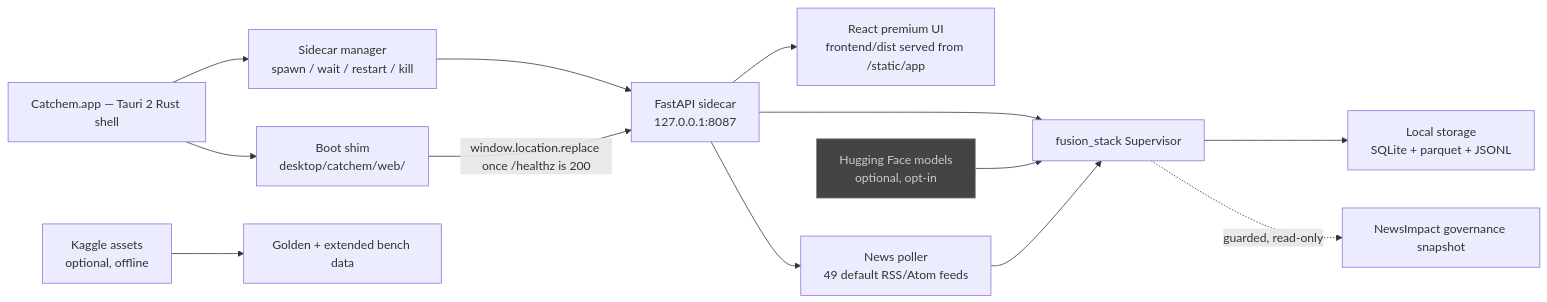
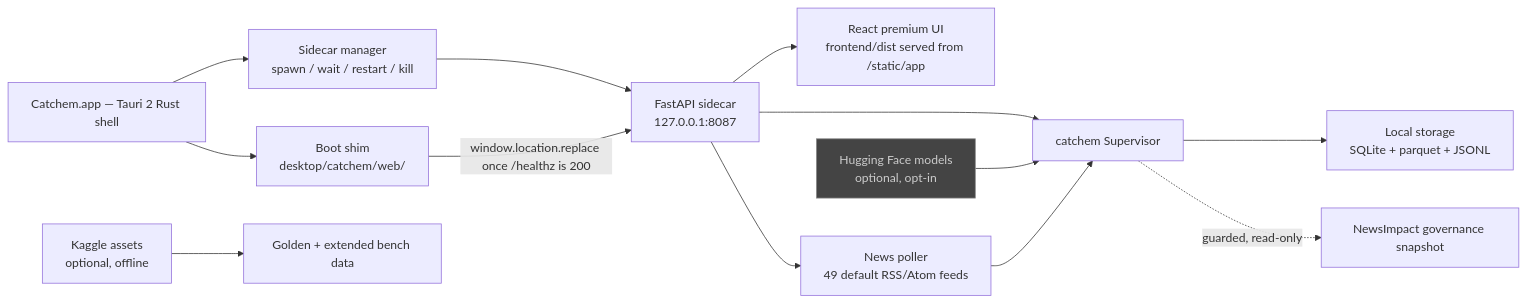
Before and after one commit to nazmiefearmutcu/catchem: the first of 4 diagrams in docs/CATCHEM_ARCHITECTURE.md, drawn with Mermaid. The commit also changed other lines of this file and 122 other files, not shown here.

First line of the commit message:
refactor: rename project fusion_stack → catchem across codebase

````diff
--- a/docs/CATCHEM_ARCHITECTURE.md
+++ b/docs/CATCHEM_ARCHITECTURE.md
@@ -7,16 +7,16 @@
 ```mermaid
 flowchart LR
     A[Catchem.app — Tauri 2 Rust shell] --> B[Boot shim<br/>desktop/catchem/web/]
     A --> S[Sidecar manager<br/>spawn / wait / restart / kill]
     S --> C[FastAPI sidecar<br/>127.0.0.1:8087]
     B --> |"window.location.replace once /healthz is 200"| C
     C --> D[React premium UI<br/>frontend/dist served from /static/app]
-    C --> E[fusion_stack Supervisor]
+    C --> E[catchem Supervisor]
     E --> F[Local storage<br/>SQLite + parquet + JSONL]
     E -.->|"guarded, read-only"| G[NewsImpact governance snapshot]
     H[Kaggle assets<br/>optional, offline] --> I[Golden + extended bench data]
     J[Hugging Face models<br/>optional, opt-in]:::dim --> E
     C --> K[News poller<br/>49 default RSS/Atom feeds]
     K --> E
     classDef dim fill:#444,color:#ccc,stroke:#888;
 ```
````
